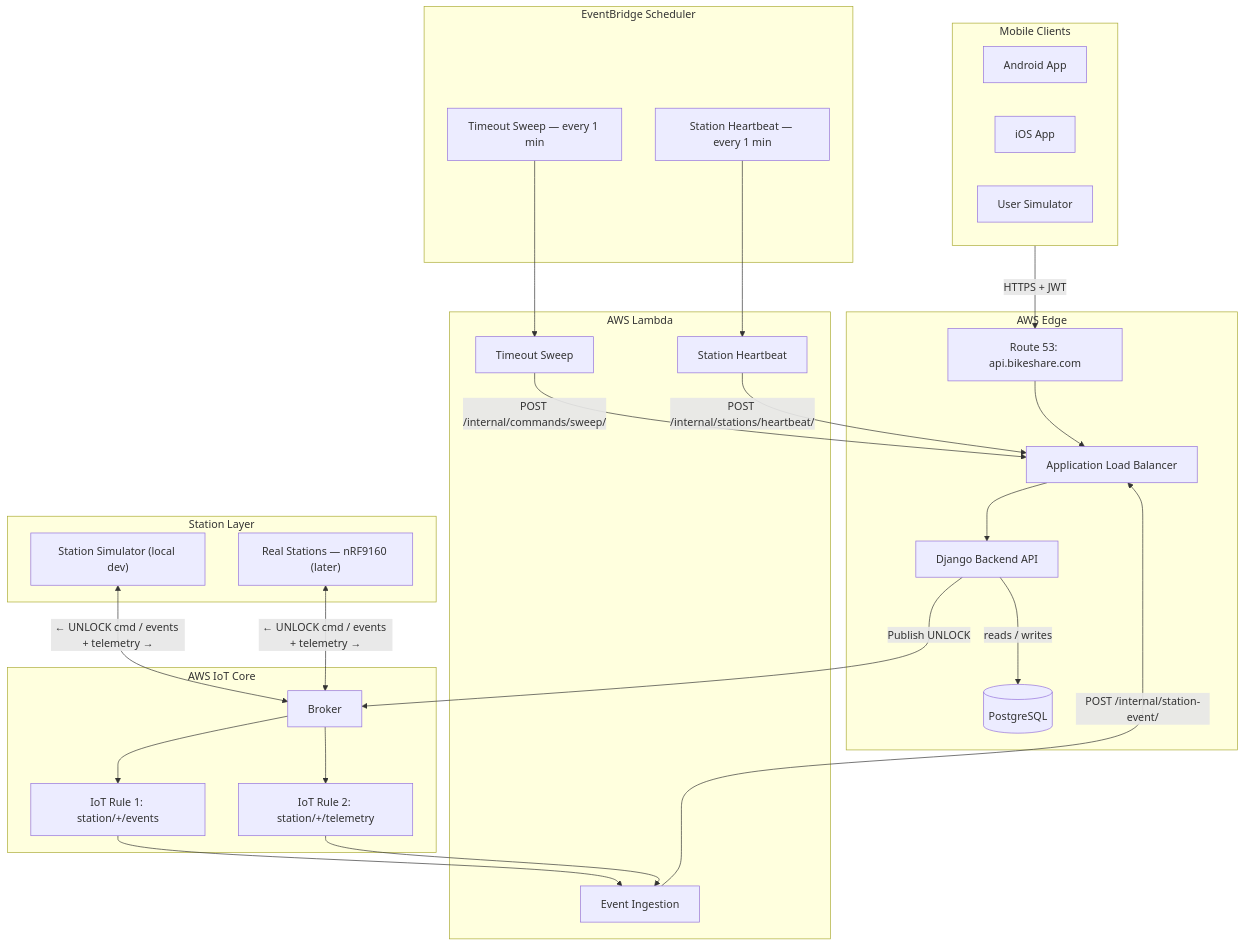
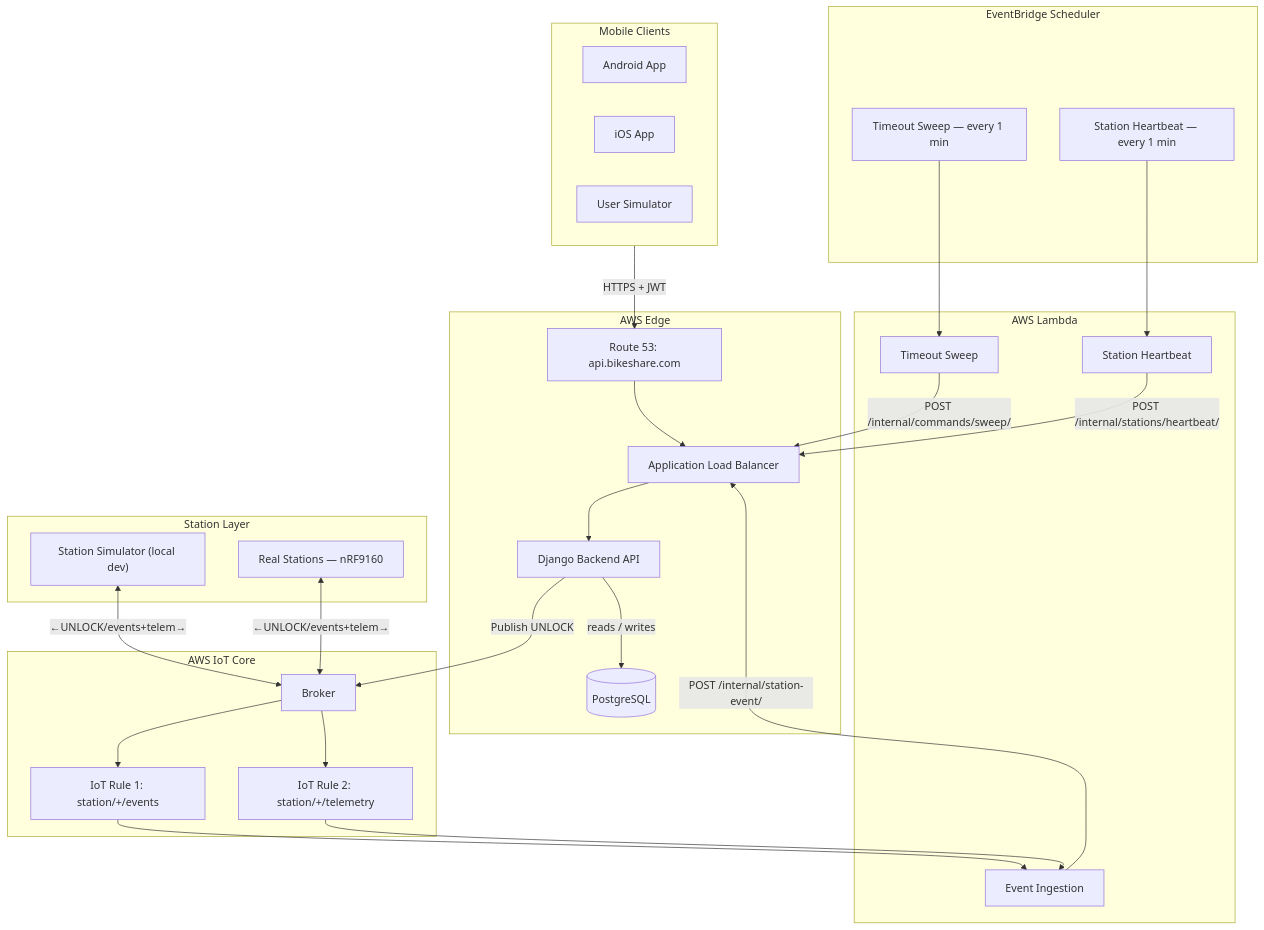
One commit to yeabb/bikeshare-platform changed the first of 4 diagrams in docs/system-architecture.md. Above: the diagram before and after it, drawn with Mermaid.

Commit message:
📝 Improve component diagram layout and edge labels
- Switch to graph TD with background workers declared first to push
  mobile clients/AWS Edge to center column
- Fix edge label clipping: shorten MQTT bidirectional label

````diff
--- a/docs/system-architecture.md
+++ b/docs/system-architecture.md
@@ -5,62 +5,62 @@
 ```mermaid
 graph TD
+
+subgraph SCHEDULE["EventBridge Scheduler"]
+    SWEEP["Timeout Sweep — every 1 min"]
+    HBEAT["Station Heartbeat — every 1 min"]
+end
+
+subgraph LAMBDAS["AWS Lambda"]
+    LINGEST[Event Ingestion]
+    LSWEEP[Timeout Sweep]
+    LHBEAT[Station Heartbeat]
+end
 
 subgraph CLIENTS["Mobile Clients"]
     AND[Android App]
     IOS[iOS App]
     USIM[User Simulator]
 end
 
 subgraph EDGE["AWS Edge"]
     R53["Route 53: api.bikeshare.com"]
     ALB[Application Load Balancer]
     ECS[Django Backend API]
     DB[("PostgreSQL")]
 end
 
 subgraph STATION_LAYER["Station Layer"]
     SSIM["Station Simulator (local dev)"]
-    STN["Real Stations — nRF9160 (later)"]
+    STN["Real Stations — nRF9160"]
 end
 
 subgraph IOT_LAYER["AWS IoT Core"]
     BROKER[Broker]
     RULE1["IoT Rule 1: station/+/events"]
     RULE2["IoT Rule 2: station/+/telemetry"]
-end
-
-subgraph LAMBDAS["AWS Lambda"]
-    LINGEST[Event Ingestion]
-    LSWEEP[Timeout Sweep]
-    LHBEAT[Station Heartbeat]
-end
-
-subgraph SCHEDULE["EventBridge Scheduler"]
-    SWEEP["Timeout Sweep — every 1 min"]
-    HBEAT["Station Heartbeat — every 1 min"]
 end
 
 %% HTTP — inbound
 CLIENTS -->|"HTTPS + JWT"| R53
 R53 --> ALB --> ECS
 
 %% Backend → DB and IoT
 ECS -->|"reads / writes"| DB
 ECS -->|"Publish UNLOCK"| BROKER
 
 %% IoT ↔ Stations
-SSIM & STN <-->|"← UNLOCK cmd / events + telemetry →"| BROKER
+SSIM & STN <-->|"←UNLOCK/events+telem→"| BROKER
 
 %% IoT Rules → Lambda
 BROKER --> RULE1 & RULE2
 RULE1 & RULE2 --> LINGEST
 
 %% Scheduled jobs → Lambda
 SWEEP --> LSWEEP
 HBEAT --> LHBEAT
 
 %% Lambda → ALB → Django → DB (Lambda never touches DB directly)
 LINGEST -->|"POST /internal/station-event/"| ALB
 LSWEEP -->|"POST /internal/commands/sweep/"| ALB
 LHBEAT -->|"POST /internal/stations/heartbeat/"| ALB
 ```
````
